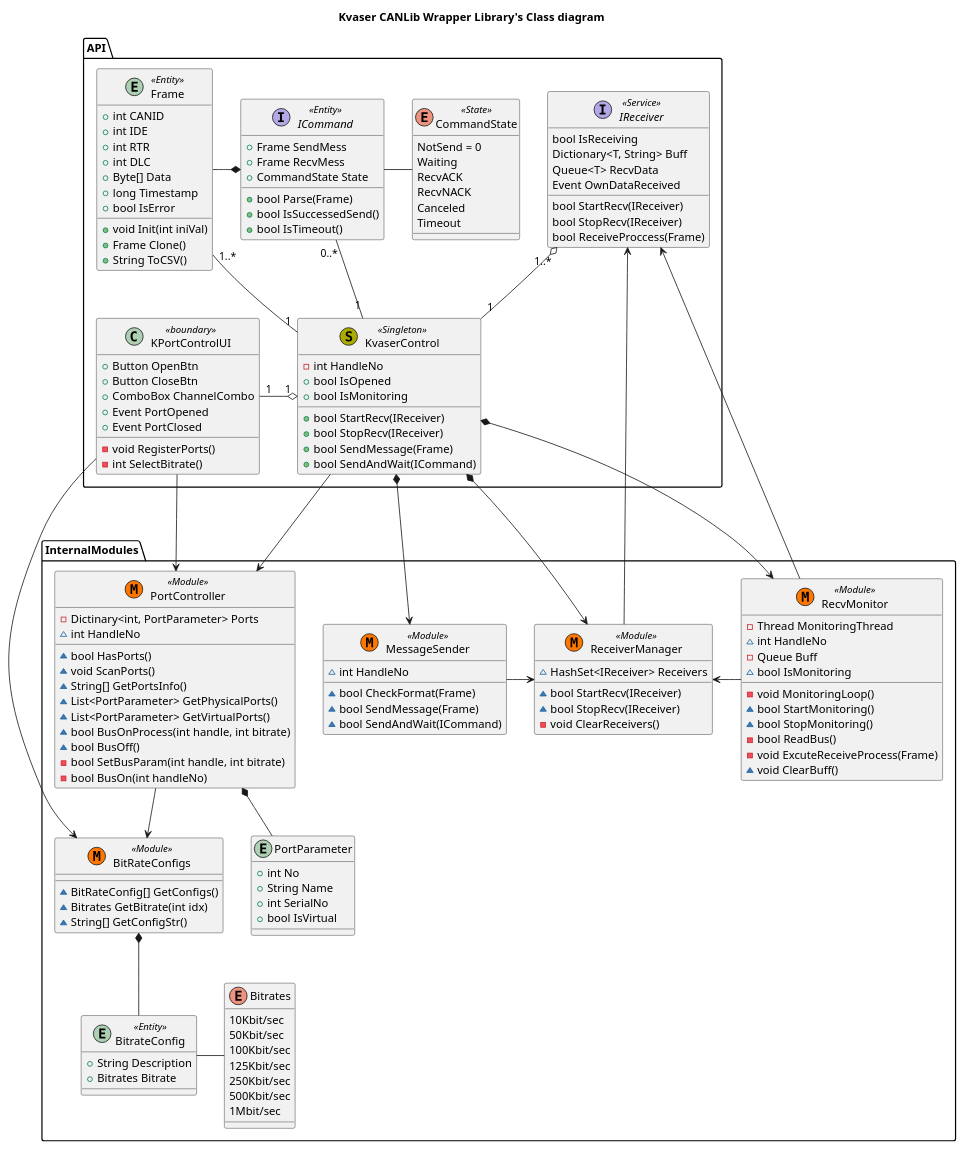
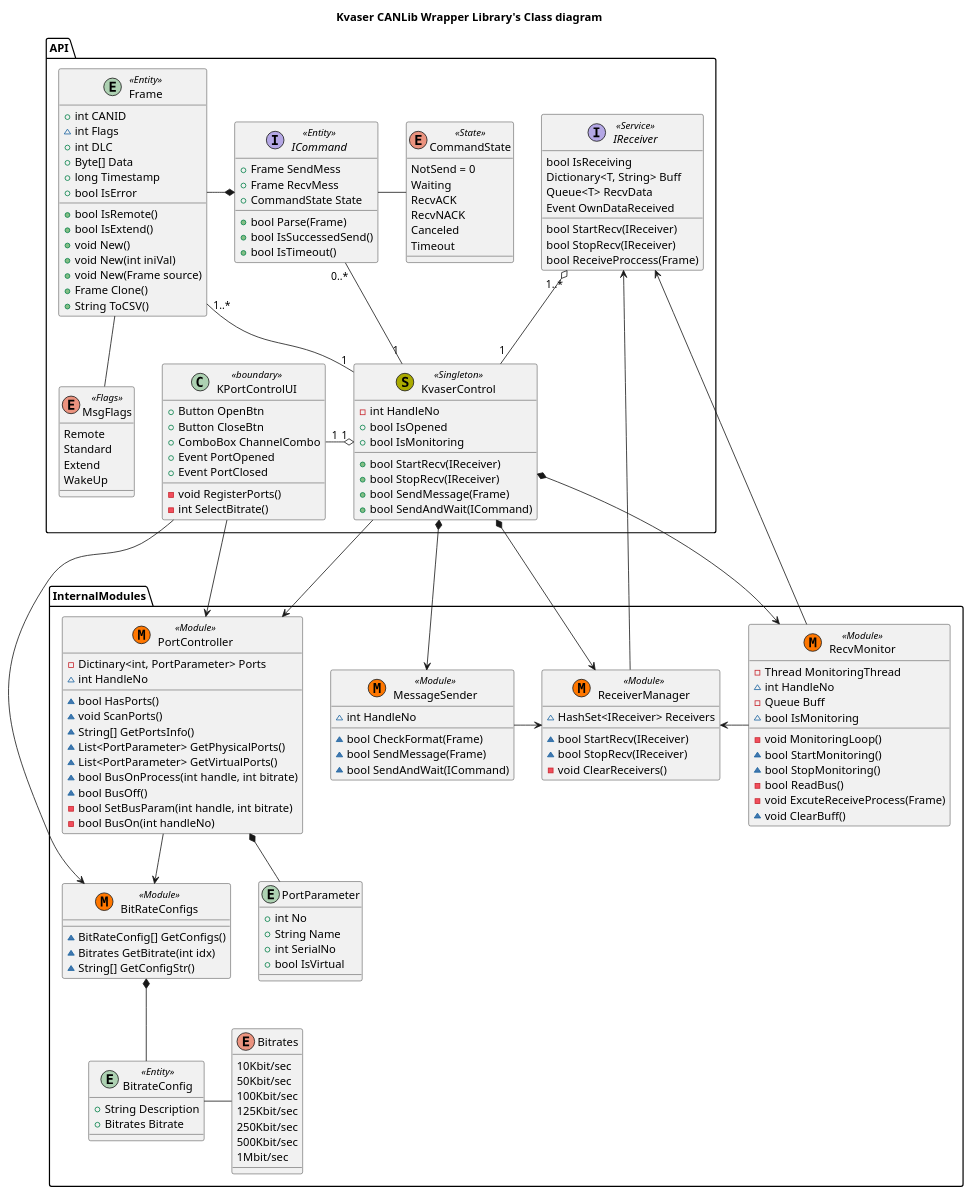
One commit to hiratashinnya/KvaserCANLib changed the diagram in docs/Class.wsd. Above: the diagram before and after it, drawn with PlantUML. The commit also changed 10 other files, not shown here.

```diff
--- a/docs/Class.wsd
+++ b/docs/Class.wsd
@@ -1,173 +1,185 @@
 @startuml
 
 title "Kvaser CANLib Wrapper Library's Class diagram"
 
 package API{
 
     class KPortControlUI<<boundary>>{
         +Button OpenBtn
         +Button CloseBtn
         +ComboBox ChannelCombo
         -void RegisterPorts()
         -int SelectBitrate()
         +Event PortOpened
         +Event PortClosed
     }
 
     class KvaserControl<< (S, #AAAA00) Singleton>>{
         -int HandleNo
         +bool IsOpened
         +bool IsMonitoring
         
         +bool StartRecv(IReceiver)
         +bool StopRecv(IReceiver)
         +bool SendMessage(Frame)
         +bool SendAndWait(ICommand)
     }
 
     entity Frame<<Entity>>{
         +int CANID
-        +int IDE
-        +int RTR
+        ~int Flags
         +int DLC
         +Byte[] Data
         +long Timestamp
         +bool IsError
-        +void Init(int iniVal)
+        +bool IsRemote()
+        +bool IsExtend()
+        +void New()
+        +void New(int iniVal)
+        +void New(Frame source)
         +Frame Clone()
         +String ToCSV()
+    }
+
+    enum MsgFlags<<Flags>>{
+        Remote
+        Standard
+        Extend
+        WakeUp
     }
 
     Interface IReceiver<<Service>>{
         bool IsReceiving
         Dictionary<T, String> Buff
         Queue<T> RecvData
         Event OwnDataReceived
         bool StartRecv(IReceiver)
         bool StopRecv(IReceiver)
         bool ReceiveProccess(Frame)
     }
 
     Interface ICommand<<Entity>>{
         +Frame SendMess
         +Frame RecvMess
         +CommandState State
         +bool Parse(Frame)
         +bool IsSuccessedSend()
         +bool IsTimeout()
     }
 
     Enum CommandState<<State>>{
         NotSend = 0
         Waiting
         RecvACK
         RecvNACK
         Canceled
         Timeout
     }
 
     KPortControlUI "1" -l-o "1" KvaserControl
 
+    KvaserControl "1" -u- "0..*" ICommand
     KvaserControl "1" -l "1..*" Frame
     KvaserControl "1" -u-o "1..*" IReceiver
-    KvaserControl "1" -u- "0..*" ICommand
 
     ICommand - CommandState
-    ICommand *-l Frame
+    Frame -* ICommand 
+    MsgFlags -u- Frame
+    MsgFlags -[hidden] KPortControlUI
 }
 
 package InternalModules{
     class BitRateConfigs<< (M, #FF7700) Module>>{
         ~BitRateConfig[] GetConfigs()
         ~Bitrates GetBitrate(int idx)
         ~String[] GetConfigStr()
     }
 
     entity BitrateConfig<<Entity>>{
         +String Description
         +Bitrates Bitrate
     }
 
     enum Bitrates{
         10Kbit/sec
         50Kbit/sec
         100Kbit/sec
         125Kbit/sec
         250Kbit/sec
         500Kbit/sec
         1Mbit/sec
     }
 
     class PortController<< (M, #FF7700) Module>>{
         -{field} Dictinary<int, PortParameter> Ports
         ~int HandleNo
         ~bool HasPorts()
         ~void ScanPorts()
         ~String[] GetPortsInfo()
         ~List<PortParameter> GetPhysicalPorts()
         ~List<PortParameter> GetVirtualPorts()
         ~bool BusOnProcess(int handle, int bitrate)
         ~bool BusOff()
         -bool SetBusParam(int handle, int bitrate)
         -bool BusOn(int handleNo)
     }
 
     entity PortParameter{
         +int No
         +String Name
         +int SerialNo
         +bool IsVirtual
     }
 
     class RecvMonitor<< (M, #FF7700) Module>>{
         -Thread MonitoringThread
         ~int HandleNo
         -Queue Buff
         ~bool IsMonitoring
         -void MonitoringLoop()
         ~bool StartMonitoring()
         ~bool StopMonitoring()
         -bool ReadBus()
         -void ExcuteReceiveProcess(Frame)
         ~void ClearBuff()
     }
 
     class ReceiverManager<< (M, #FF7700) Module>>{
         ~HashSet<IReceiver> Receivers
         ~bool StartRecv(IReceiver)
         ~bool StopRecv(IReceiver)
         -void ClearReceivers()
     }
 
     class MessageSender<< (M, #FF7700) Module>>{
         ~int HandleNo
         ~bool CheckFormat(Frame)
         ~bool SendMessage(Frame)
         ~bool SendAndWait(ICommand)
     }
 
     RecvMonitor -l> ReceiverManager
     MessageSender -> ReceiverManager
     
     PortController *-- PortParameter
     PortController --> BitRateConfigs
 
     BitRateConfigs *-- BitrateConfig
     BitrateConfig - Bitrates
 }
 
 
 KPortControlUI ---> PortController
 KPortControlUI ----> BitRateConfigs
 
 KvaserControl ---> PortController
 KvaserControl *---> RecvMonitor
 KvaserControl *---> ReceiverManager
 KvaserControl *---> MessageSender
 
 IReceiver <-- ReceiverManager
 IReceiver <-- RecvMonitor
 
 
 
 @enduml
```
